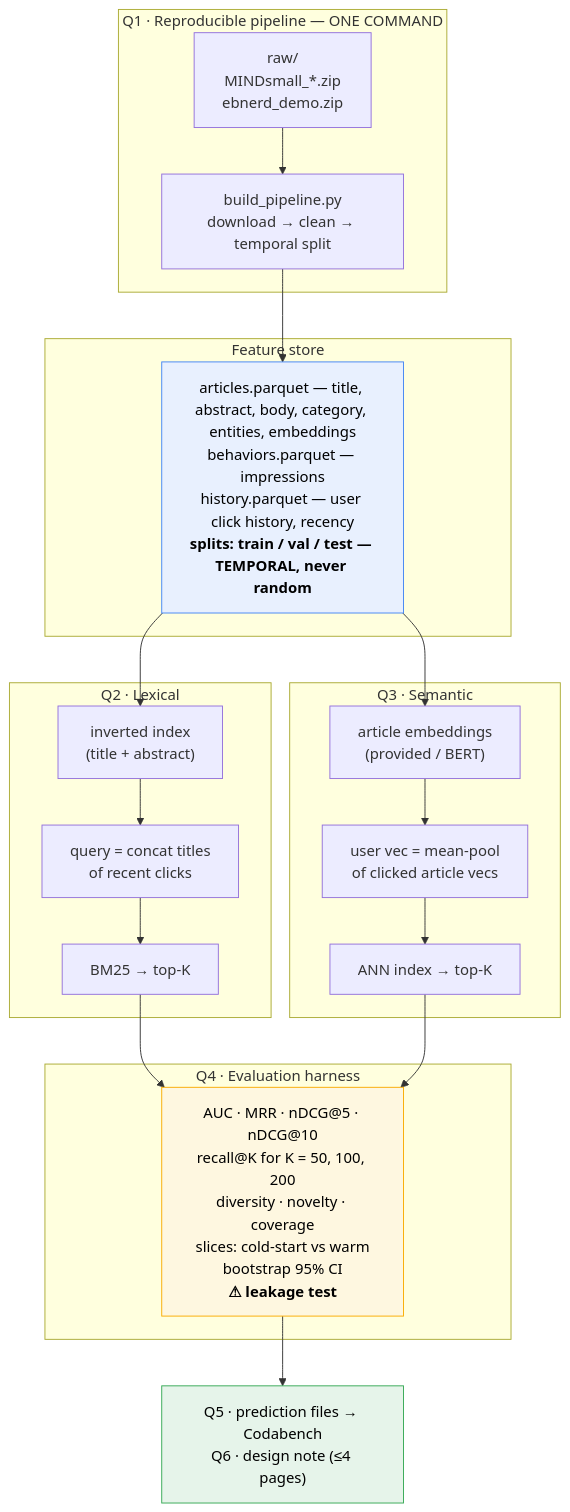
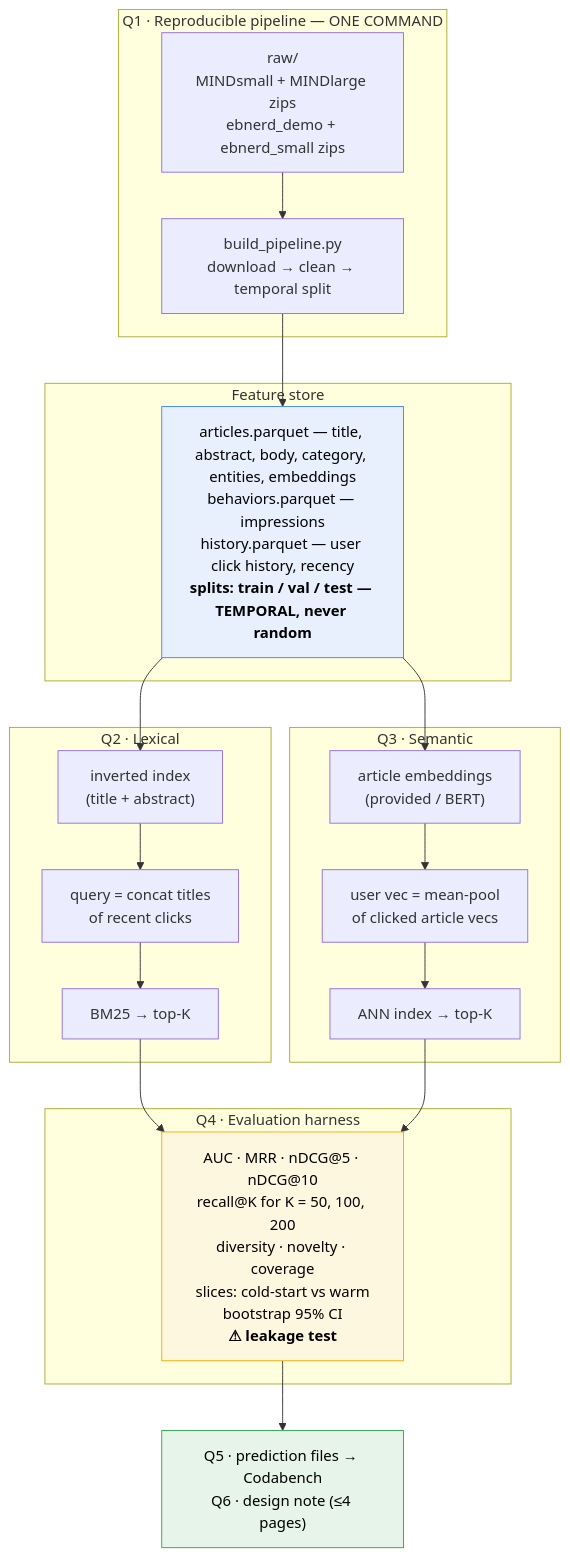
Before and after one commit to N03L-22/IRE_A1_C1: the second of 2 diagrams in architecture.md, drawn with Mermaid. The commit also changed other lines of this file and 1 other file, not shown here.

````diff
--- a/architecture.md
+++ b/architecture.md
@@ -192,44 +192,44 @@
 ```mermaid
 flowchart TD
     subgraph Q1["Q1 · Reproducible pipeline — ONE COMMAND"]
-        RAW["raw/<br>MINDsmall_*.zip<br>ebnerd_demo.zip"]
+        RAW["raw/<br>MINDsmall + MINDlarge zips<br>ebnerd_demo + ebnerd_small zips"]
         BUILD["build_pipeline.py<br>download → clean → temporal split"]
         RAW --> BUILD
     end
 
     BUILD --> FS
 
     subgraph FSG["Feature store"]
         FS["articles.parquet — title, abstract, body, category, entities, embeddings<br>behaviors.parquet — impressions<br>history.parquet — user click history, recency<br><b>splits: train / val / test — TEMPORAL, never random</b>"]
     end
 
     FS --> LEX
     FS --> SEM
 
     subgraph Q2["Q2 · Lexical"]
         LEX["inverted index<br>(title + abstract)"]
         LQ["query = concat titles<br>of recent clicks"]
         BM["BM25 → top-K"]
         LEX --> LQ --> BM
     end
 
     subgraph Q3["Q3 · Semantic"]
         SEM["article embeddings<br>(provided / BERT)"]
         SQ["user vec = mean-pool<br>of clicked article vecs"]
         ANN["ANN index → top-K"]
         SEM --> SQ --> ANN
     end
 
     BM --> EVAL
     ANN --> EVAL
 
     subgraph Q4["Q4 · Evaluation harness"]
         EVAL["AUC · MRR · nDCG@5 · nDCG@10<br>recall@K for K = 50, 100, 200<br>diversity · novelty · coverage<br>slices: cold-start vs warm<br>bootstrap 95% CI<br><b>⚠ leakage test</b>"]
     end
 
     EVAL --> OUT["Q5 · prediction files → Codabench<br>Q6 · design note (≤4 pages)"]
 
     style FS fill:#e8f0fe,stroke:#4285f4,color:#000
     style EVAL fill:#fef7e0,stroke:#f9ab00,color:#000
     style OUT fill:#e6f4ea,stroke:#34a853,color:#000
 ```
````
